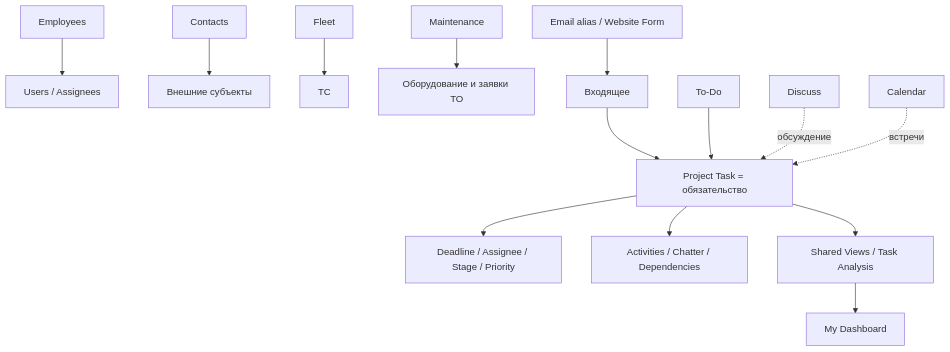
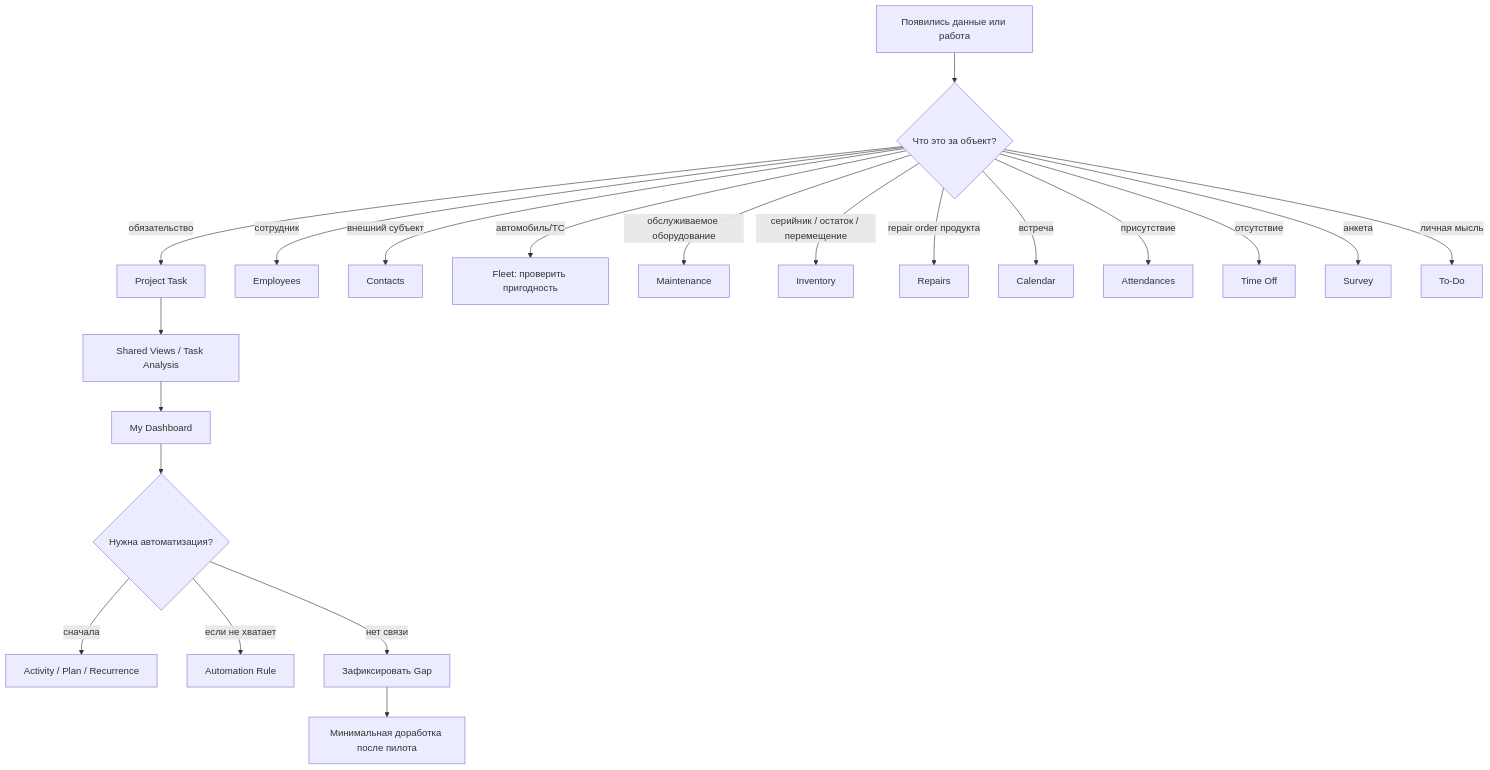
The diagram in docs/00-odoo19-community.md (lazuale/department), drawn with Mermaid before and after one commit. The commit also changed other lines of this file, not shown here.

````diff
--- a/docs/00-odoo19-community.md
+++ b/docs/00-odoo19-community.md
@@ -491,18 +804,25 @@
 ```mermaid
-flowchart TB
-    E[Employees] --> U[Users / Assignees]
-    C[Contacts] --> X[Внешние субъекты]
-    F[Fleet] --> V[ТС]
-    M[Maintenance] --> Q[Оборудование и заявки ТО]
+flowchart TD
+    A[Появились данные или работа] --> B{Что это за объект?}
 
-    I[Входящее] --> T[Project Task = обязательство]
-    T --> A[Deadline / Assignee / Stage / Priority]
-    T --> N[Activities / Chatter / Dependencies]
-    T --> R[Shared Views / Task Analysis]
-    R --> D[My Dashboard]
+    B -->|обязательство| T[Project Task]
+    B -->|сотрудник| E[Employees]
+    B -->|внешний субъект| C[Contacts]
+    B -->|автомобиль/ТС| F[Fleet: проверить пригодность]
+    B -->|обслуживаемое оборудование| M[Maintenance]
+    B -->|серийник / остаток / перемещение| I[Inventory]
+    B -->|repair order продукта| R[Repairs]
+    B -->|встреча| CAL[Calendar]
+    B -->|присутствие| AT[Attendances]
+    B -->|отсутствие| TO[Time Off]
+    B -->|анкета| S[Survey]
+    B -->|личная мысль| TD[To-Do]
 
-    W[Email alias / Website Form] --> I
-    TD[To-Do] --> T
-    DS[Discuss] -. обсуждение .-> T
-    CAL[Calendar] -. встречи .-> T
+    T --> V[Shared Views / Task Analysis]
+    V --> D[My Dashboard]
+    D --> Q{Нужна автоматизация?}
+    Q -->|сначала| A1[Activity / Plan / Recurrence]
+    Q -->|если не хватает| AU[Automation Rule]
+    Q -->|нет связи| GAP[Зафиксировать Gap]
+    GAP --> MOD[Минимальная доработка после пилота]
 ```
````
